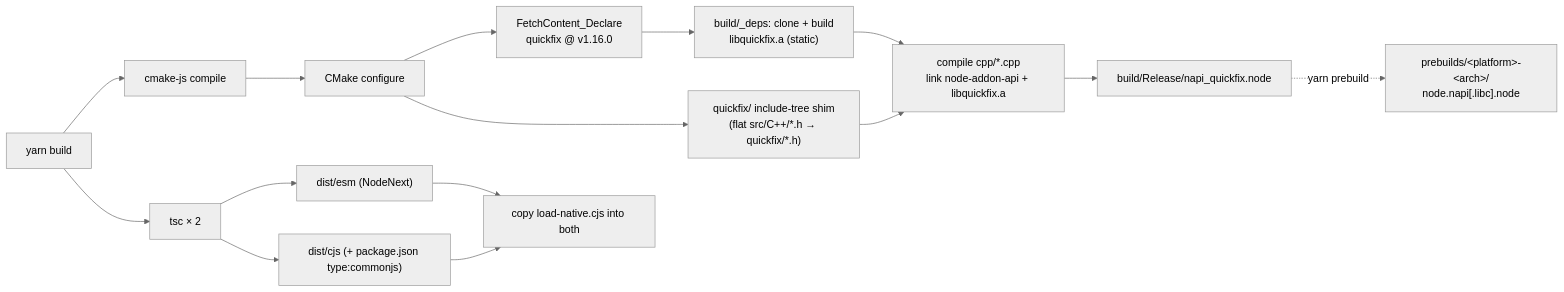
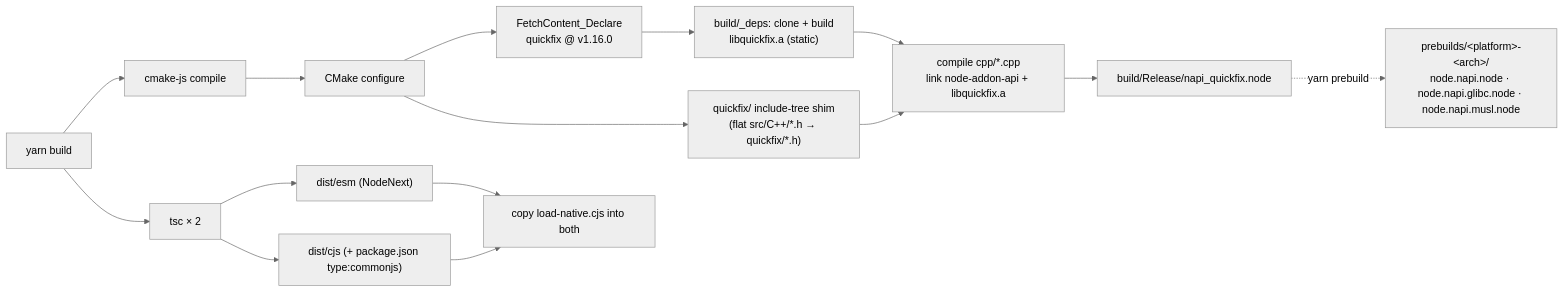
Before and after one commit to homaiohq/napi-quickfix: the second of 7 diagrams in ARCHITECTURE.md, drawn with Mermaid (neutral theme). The commit also changed other lines of this file and 7 other files, not shown here.

First line of the commit message:
feat: add musl (Alpine) prebuild support

````diff
--- a/ARCHITECTURE.md
+++ b/ARCHITECTURE.md
@@ -67,17 +67,17 @@
 ```mermaid
 flowchart LR
   A["yarn build"] --> B["cmake-js compile"]
   B --> C["CMake configure"]
   C --> D["FetchContent_Declare<br/>quickfix @ v1.16.0"]
   D --> E["build/_deps: clone + build<br/>libquickfix.a (static)"]
   C --> F["quickfix/ include-tree shim<br/>(flat src/C++/*.h → quickfix/*.h)"]
   E --> G["compile cpp/*.cpp<br/>link node-addon-api + libquickfix.a"]
   F --> G
   G --> H["build/Release/napi_quickfix.node"]
   A --> I["tsc × 2"]
   I --> J["dist/esm (NodeNext)"]
   I --> K["dist/cjs (+ package.json type:commonjs)"]
   J & K --> L["copy load-native.cjs into both"]
 
-  H -.->|"yarn prebuild"| M["prebuilds/&lt;platform&gt;-&lt;arch&gt;/<br/>node.napi[.libc].node"]
+  H -.->|"yarn prebuild"| M["prebuilds/&lt;platform&gt;-&lt;arch&gt;/<br/>node.napi.node · node.napi.glibc.node · node.napi.musl.node"]
 ```
````
